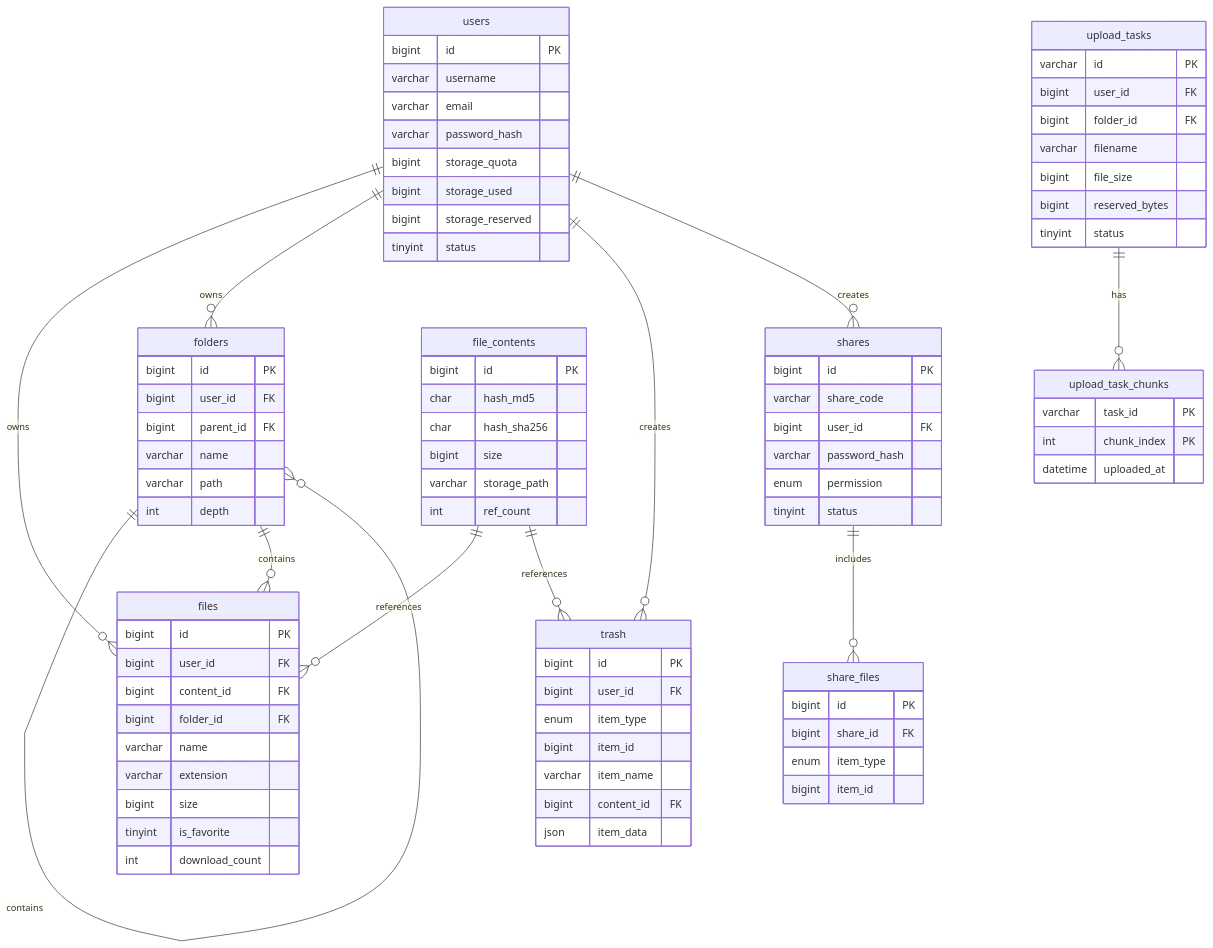
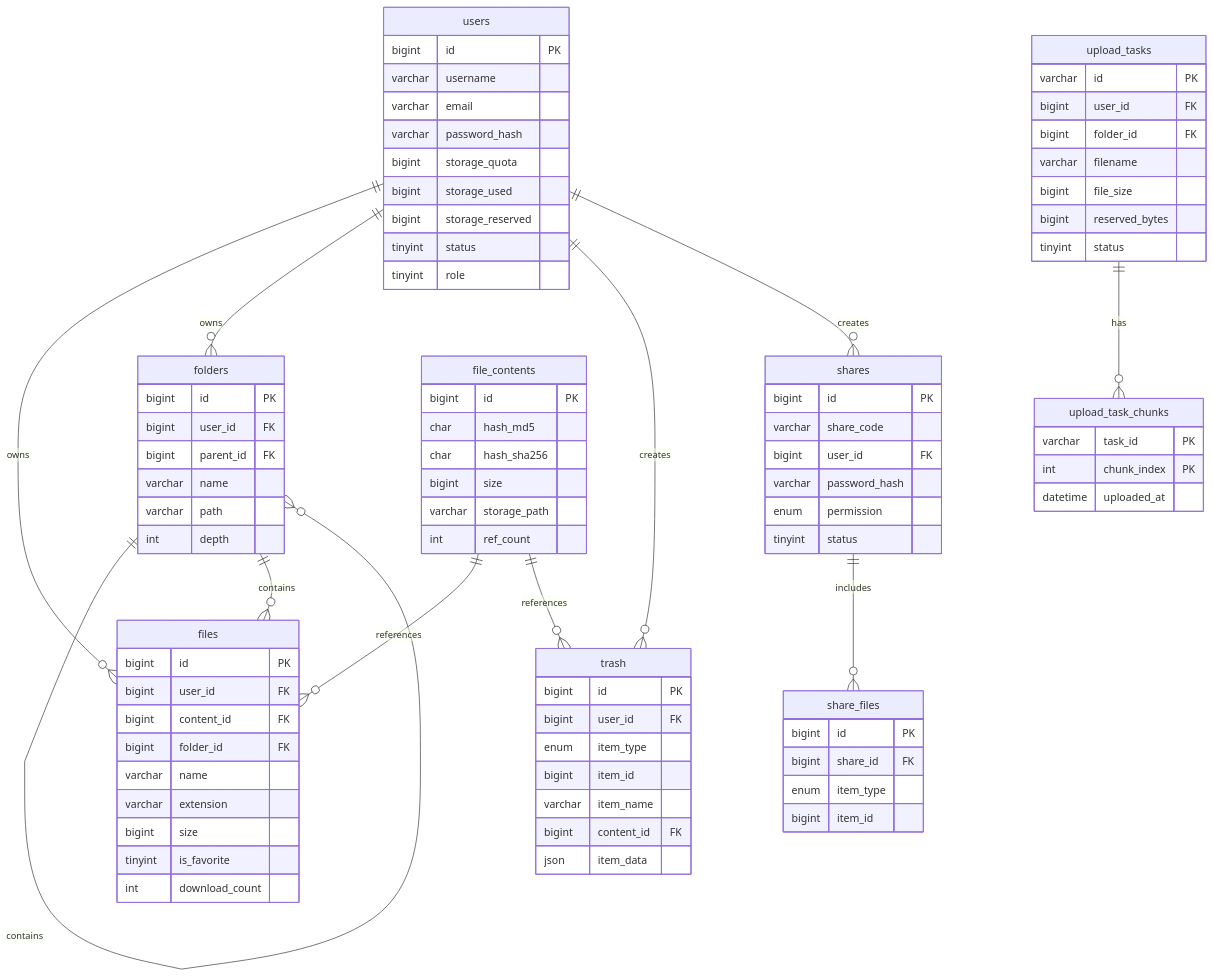
One commit to yizhinailong/disk changed the first of 2 diagrams in docs/design/03-数据库设计.md. Above: the diagram before and after it, drawn with Mermaid. The commit also changed other lines of this file and 3 other files, not shown here.

```diff
--- a/docs/design/03-数据库设计.md
+++ b/docs/design/03-数据库设计.md
@@ -54,6 +54,7 @@
         bigint storage_used
         bigint storage_reserved
         tinyint status
+        tinyint role
     }
     
     file_contents {
```
